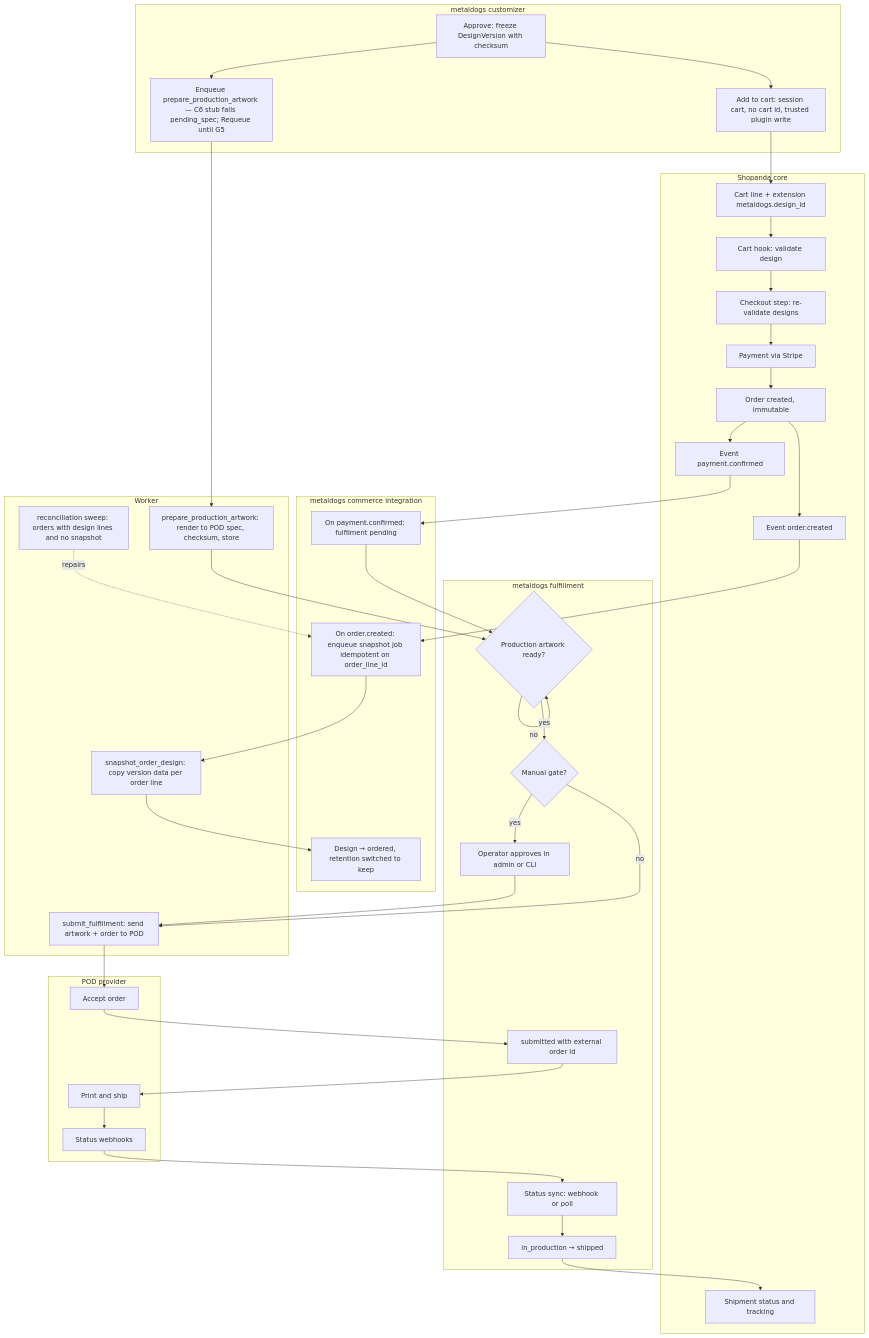
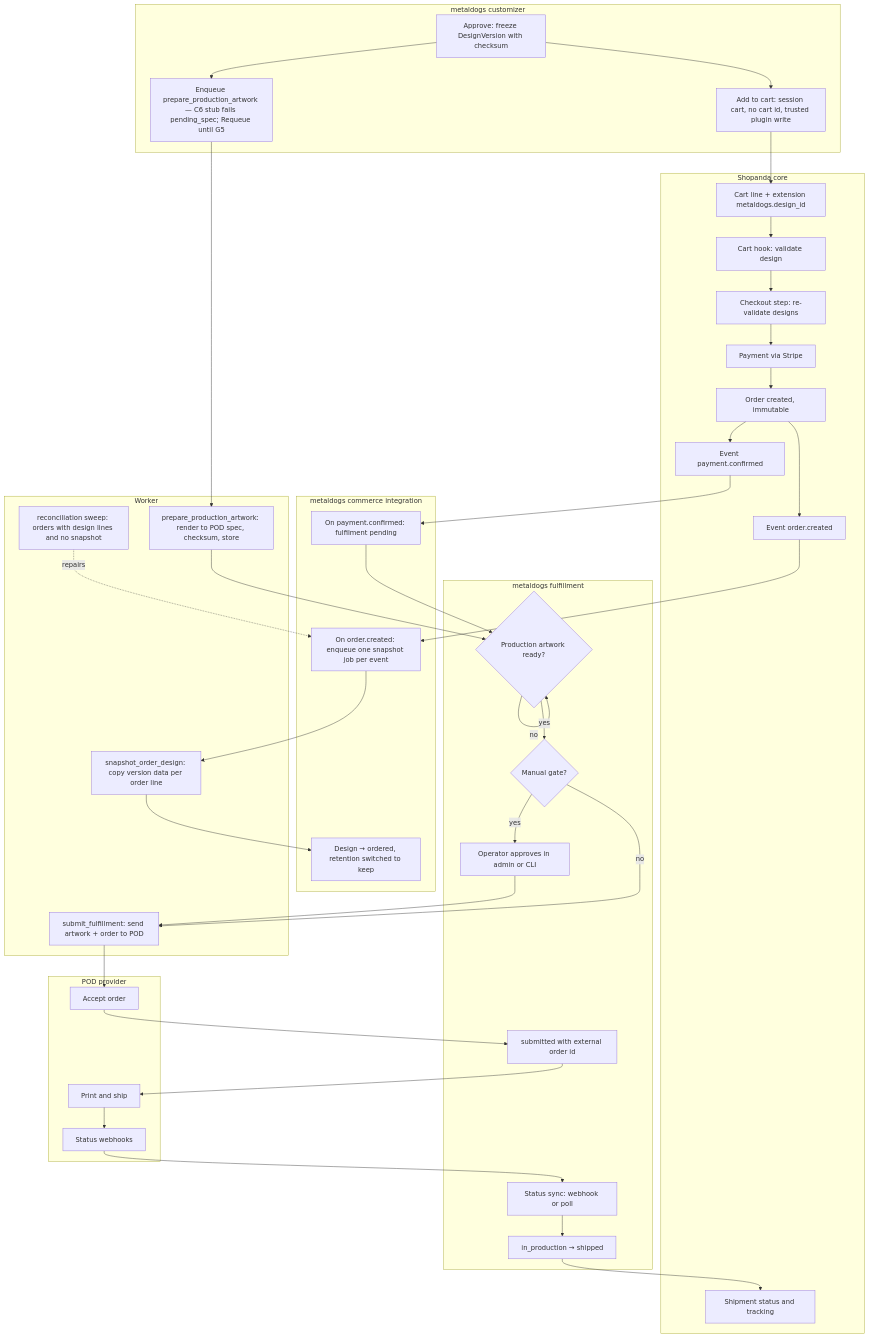
Before and after one commit to akarso/metal_dogs: the first of 2 diagrams in docs/architecture/flows/checkout-snapshot-and-fulfillment.md, drawn with Mermaid. The commit also changed other lines of this file and 8 other files, not shown here.

First line of the commit message:
Accept two order.created jobs for one snapshot.

````diff
--- a/docs/architecture/flows/checkout-snapshot-and-fulfillment.md
+++ b/docs/architecture/flows/checkout-snapshot-and-fulfillment.md
@@ -7,58 +7,58 @@
 ```mermaid
 flowchart TB
     subgraph customizer[metaldogs customizer]
         a1[Approve: freeze DesignVersion with checksum]
         a2[Enqueue prepare_production_artwork — C6 stub fails pending_spec; Requeue until G5]
         a3[Add to cart: session cart, no cart id, trusted plugin write]
     end
 
     subgraph worker[Worker]
         w1[prepare_production_artwork: render to POD spec, checksum, store]
         w2[snapshot_order_design: copy version data per order line]
         w3[submit_fulfillment: send artwork + order to POD]
         w4[reconciliation sweep: orders with design lines and no snapshot]
     end
 
     subgraph shopanda[Shopanda core]
         s1[Cart line + extension metaldogs.design_id]
         s2[Cart hook: validate design]
         s3[Checkout step: re-validate designs]
         s4[Payment via Stripe]
         s5[Order created, immutable]
         s6[Event order.created]
         s7[Event payment.confirmed]
         s8[Shipment status and tracking]
     end
 
     subgraph commerce[metaldogs commerce integration]
-        e1[On order.created: enqueue snapshot job idempotent on order_line_id]
+        e1[On order.created: enqueue one snapshot job per event]
         e2[Design → ordered, retention switched to keep]
         e3[On payment.confirmed: fulfilment pending]
     end
 
     subgraph fulfillment[metaldogs fulfillment]
         f1{Production artwork ready?}
         f2{Manual gate?}
         f3[Operator approves in admin or CLI]
         f4[submitted with external order id]
         f5[Status sync: webhook or poll]
         f6[in_production → shipped]
     end
 
     subgraph pod[POD provider]
         p1[Accept order]
         p2[Print and ship]
         p3[Status webhooks]
     end
 
     a1 --> a2 --> w1
     a1 --> a3 --> s1 --> s2 --> s3 --> s4 --> s5 --> s6 --> e1 --> w2 --> e2
     s5 --> s7 --> e3 --> f1
     w1 --> f1
     f1 -- no --> f1
     f1 -- yes --> f2
     f2 -- yes --> f3 --> w3
     f2 -- no --> w3
     w3 --> p1 --> f4 --> p2 --> p3 --> f5 --> f6 --> s8
     w4 -. repairs .-> e1
 ```
````
